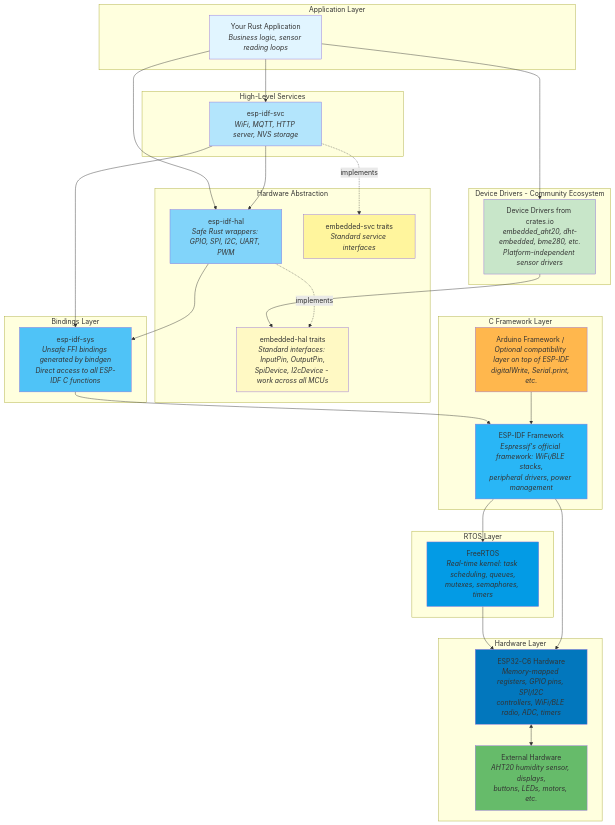
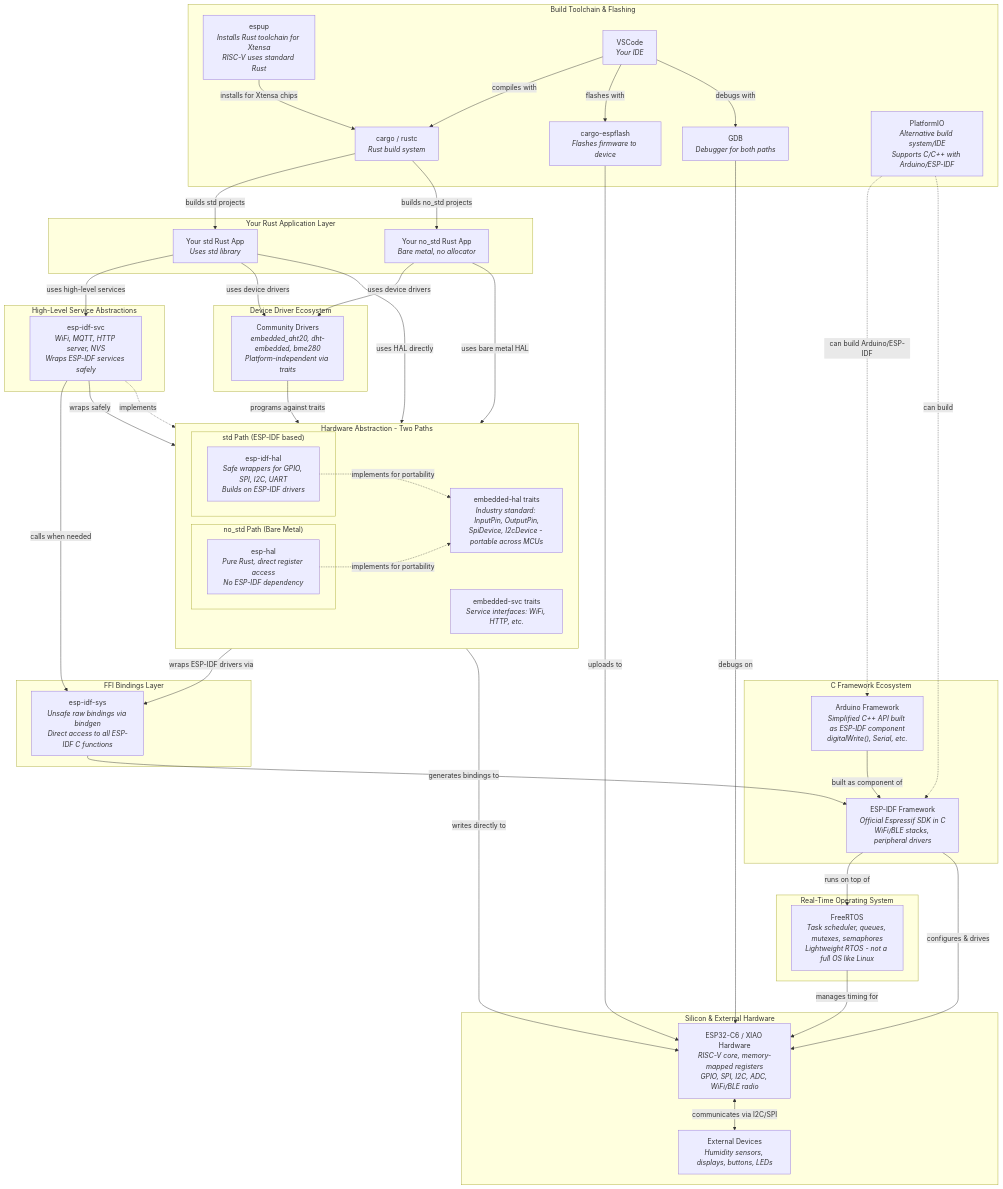
One commit to robbyfrt/riscnrust changed the diagram in README.md. Above: the diagram before and after it, drawn with Mermaid.

Commit message:
README.md - updated mermaid

````diff
--- a/README.md
+++ b/README.md
@@ -56,67 +56,113 @@
 ```mermaid
 graph TB
-    subgraph "Application Layer"
-        APP[Your Rust Application<br/><i>Business logic, sensor reading loops</i>]
+
+    
+    subgraph RUST_APP["Your Rust Application Layer"]
+        APP_STD["Your std Rust App<br/><i>Uses std library</i>"]
+        APP_NOSTD["Your no_std Rust App<br/><i>Bare metal, no allocator</i>"]
     end
     
-    subgraph "High-Level Services"
-        SVC[esp-idf-svc<br/><i>WiFi, MQTT, HTTP server, NVS storage</i>]
+    subgraph HIGH_SVC["High-Level Service Abstractions"]
+        SVC["esp-idf-svc<br/><i>WiFi, MQTT, HTTP server, NVS</i><br/><i>Wraps ESP-IDF services safely</i>"]
     end
     
-    subgraph "Device Drivers - Community Ecosystem"
-        DRIVERS[Device Drivers from crates.io<br/><i>embedded_aht20, dht-embedded, bme280, etc.</i><br/><i>Platform-independent sensor drivers</i>]
+    subgraph DRIVERS_LAYER["Device Driver Ecosystem"]
+        DRIVERS["Community Drivers<br/><i>embedded_aht20, dht-embedded, bme280</i><br/><i>Platform-independent via traits</i>"]
     end
     
-    subgraph "Hardware Abstraction"
-        HAL[esp-idf-hal<br/><i>Safe Rust wrappers: GPIO, SPI, I2C, UART, PWM</i>]
-        EHAL[embedded-hal traits<br/><i>Standard interfaces: InputPin, OutputPin,</i><br/><i>SpiDevice, I2cDevice - work across all MCUs</i>]
-        ESVC[embedded-svc traits<br/><i>Standard service interfaces</i>]
+    subgraph HAL_LAYER["Hardware Abstraction - Two Paths"]
+        direction LR
+        subgraph STD_PATH["std Path (ESP-IDF based)"]
+            HAL["esp-idf-hal<br/><i>Safe wrappers for GPIO, SPI, I2C, UART</i><br/><i>Builds on ESP-IDF drivers</i>"]
+        end
+        
+        subgraph NOSTD_PATH["no_std Path (Bare Metal)"]
+            ESPHAL["esp-hal<br/><i>Pure Rust, direct register access</i><br/><i>No ESP-IDF dependency</i>"]
+        end
+        
+        EHAL["embedded-hal traits<br/><i>Industry standard: InputPin, OutputPin,</i><br/><i>SpiDevice, I2cDevice - portable across MCUs</i>"]
+        ESVC["embedded-svc traits<br/><i>Service interfaces: WiFi, HTTP, etc.</i>"]
     end
     
-    subgraph "Bindings Layer"
-        SYS[esp-idf-sys<br/><i>Unsafe FFI bindings generated by bindgen</i><br/><i>Direct access to all ESP-IDF C functions</i>]
+    subgraph BIND_LAYER["FFI Bindings Layer"]
+        SYS["esp-idf-sys<br/><i>Unsafe raw bindings via bindgen</i><br/><i>Direct access to all ESP-IDF C functions</i>"]
     end
     
-    subgraph "C Framework Layer"
-        IDF[ESP-IDF Framework<br/><i>Espressif's official framework: WiFi/BLE stacks,</i><br/><i>peripheral drivers, power management</i>]
-        ARDUINO[Arduino Framework / <br/><i>Optional compatibility layer on top of ESP-IDF</i><br/><i>digitalWrite, Serial.print, etc.</i>]
+    subgraph C_FRAMEWORK["C Framework Ecosystem"]
+        IDF["ESP-IDF Framework<br/><i>Official Espressif SDK in C</i><br/><i>WiFi/BLE stacks, peripheral drivers</i>"]
+        ARDUINO["Arduino Framework<br/><i>Simplified C++ API built as ESP-IDF component</i><br/><i>digitalWrite(), Serial, etc.</i>"]
     end
     
-    subgraph "RTOS Layer"
-        RTOS[FreeRTOS<br/><i>Real-time kernel: task scheduling, queues,</i><br/><i>mutexes, semaphores, timers</i>]
+    subgraph RTOS_LAYER["Real-Time Operating System"]
+        RTOS["FreeRTOS<br/><i>Task scheduler, queues, mutexes, semaphores</i><br/><i>Lightweight RTOS - not a full OS like Linux</i>"]
     end
     
-    subgraph "Hardware Layer"
-        HW[ESP32-C6 Hardware<br/><i>Memory-mapped registers, GPIO pins, SPI/I2C</i><br/><i>controllers, WiFi/BLE radio, ADC, timers</i>]
-        SENSOR[External Hardware<br/><i>AHT20 humidity sensor, displays,</i><br/><i>buttons, LEDs, motors, etc.</i>]
+    subgraph HW_LAYER["Silicon & External Hardware"]
+        HW["ESP32-C6 / XIAO Hardware<br/><i>RISC-V core, memory-mapped registers</i><br/><i>GPIO, SPI, I2C, ADC, WiFi/BLE radio</i>"]
+        SENSOR["External Devices<br/><i>Humidity sensors, displays, buttons, LEDs</i>"]
     end
     
-    APP --> SVC
-    APP --> DRIVERS
-    APP --> HAL
-    SVC --> HAL
-    SVC --> SYS
-    SVC -.implements.-> ESVC
-    DRIVERS --> EHAL
-    HAL --> SYS
-    HAL -.implements.-> EHAL
-    SYS --> IDF
-    IDF --> RTOS
-    ARDUINO --> IDF
-    RTOS --> HW
-    IDF --> HW
-    HW <--> SENSOR
+    subgraph TOOLING["Build Toolchain & Flashing"]
+        ESPUP["espup<br/><i>Installs Rust toolchain for Xtensa</i><br/><i>RISC-V uses standard Rust</i>"]
+        CARGO["cargo / rustc<br/><i>Rust build system</i>"]
+        FLASH["cargo-espflash<br/><i>Flashes firmware to device</i>"]
+        GDB["GDB<br/><i>Debugger for both paths</i>"]
+ 				VSCODE["VSCode<br/><i>Your IDE</i>"]
+        PIO["PlatformIO<br/><i>Alternative build system/IDE</i><br/><i>Supports C/C++ with Arduino/ESP-IDF</i>"]
+
+    end
     
-    style APP fill:#e1f5ff
-    style SVC fill:#b3e5fc
-    style DRIVERS fill:#c8e6c9
-    style HAL fill:#81d4fa
-    style SYS fill:#4fc3f7
-    style IDF fill:#29b6f6
-    style ARDUINO fill:#ffb74d
-    style RTOS fill:#039be5
-    style HW fill:#0277bd
-    style SENSOR fill:#66bb6a
-    style EHAL fill:#fff9c4
-    style ESVC fill:#fff59d
+    
+    %% Development environment connections
+    VSCODE -->|"compiles with"| CARGO
+    VSCODE -->|"flashes with"| FLASH
+    VSCODE -->|"debugs with"| GDB
+    PIO -.->|"can build Arduino/ESP-IDF"| ARDUINO
+    PIO -.->|"can build"| IDF
+    
+    %% Toolchain connections
+    ESPUP -->|"installs for Xtensa chips"| CARGO
+    CARGO -->|"builds std projects"| APP_STD
+    CARGO -->|"builds no_std projects"| APP_NOSTD
+    FLASH -->|"uploads to"| HW
+    GDB -->|"debugs on"| HW
+    
+    %% std application path
+    APP_STD -->|"uses high-level services"| SVC
+    APP_STD -->|"uses device drivers"| DRIVERS
+    APP_STD -->|"uses HAL directly"| HAL
+    
+    %% no_std application path
+    APP_NOSTD -->|"uses device drivers"| DRIVERS
+    APP_NOSTD -->|"uses bare metal HAL"| ESPHAL
+    
+    %% Service layer
+    SVC -->|"wraps safely"| HAL
+    SVC -->|"calls when needed"| SYS
+    SVC -.->|"implements"| ESVC
+    
+    %% Driver connections
+    DRIVERS -->|"programs against traits"| EHAL
+    
+    %% HAL layers - std path
+    HAL -->|"wraps ESP-IDF drivers via"| SYS
+    HAL -.->|"implements for portability"| EHAL
+    
+    %% HAL layers - no_std path
+    ESPHAL -->|"writes directly to"| HW
+    ESPHAL -.->|"implements for portability"| EHAL
+    
+    %% Bindings to C framework
+    SYS -->|"generates bindings to"| IDF
+    
+    %% C framework relationships
+    ARDUINO -->|"built as component of"| IDF
+    IDF -->|"runs on top of"| RTOS
+    IDF -->|"configures & drives"| HW
+    
+    %% RTOS to hardware
+    RTOS -->|"manages timing for"| HW
+    
+    %% Hardware connections
+    HW <-->|"communicates via I2C/SPI"| SENSOR
 ```
````
